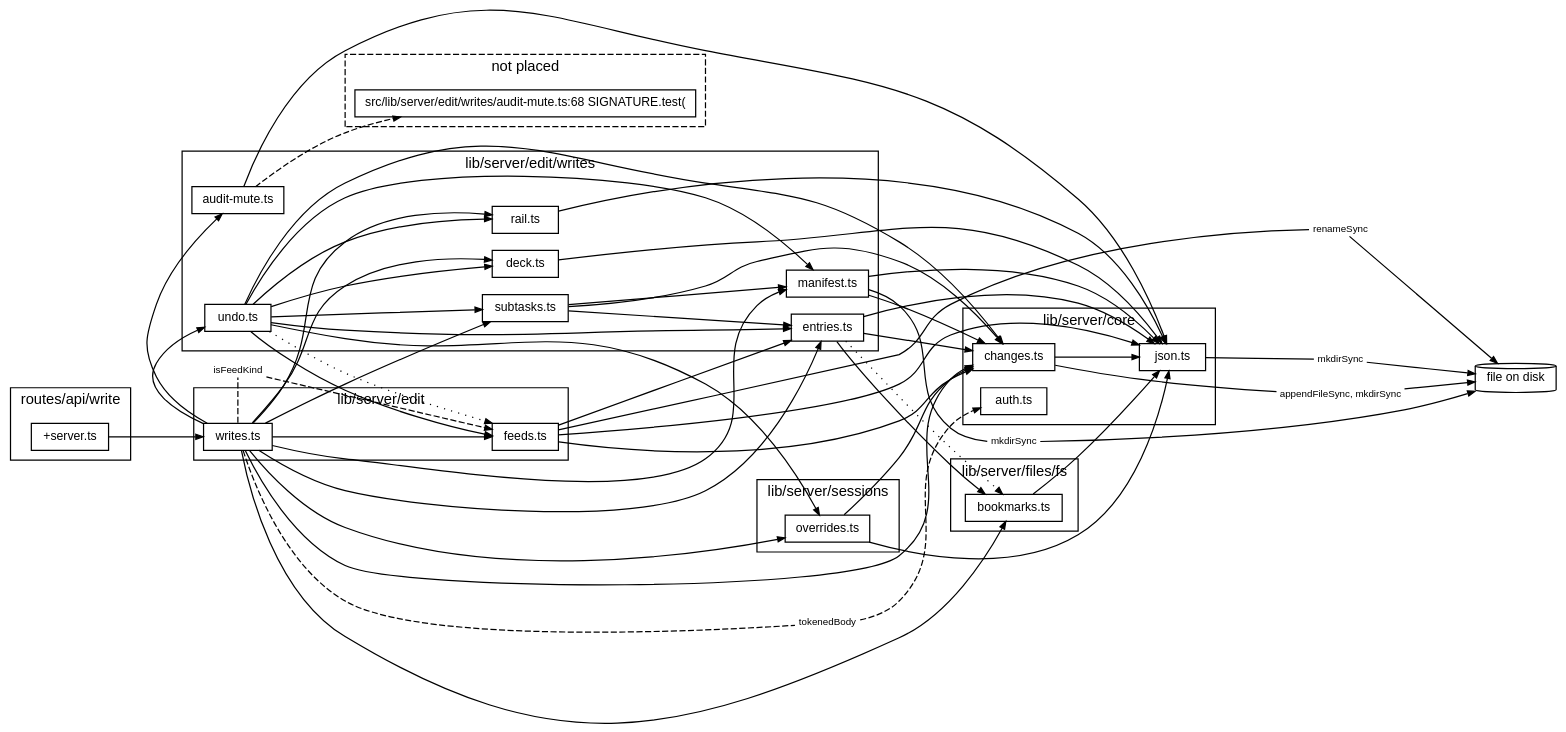
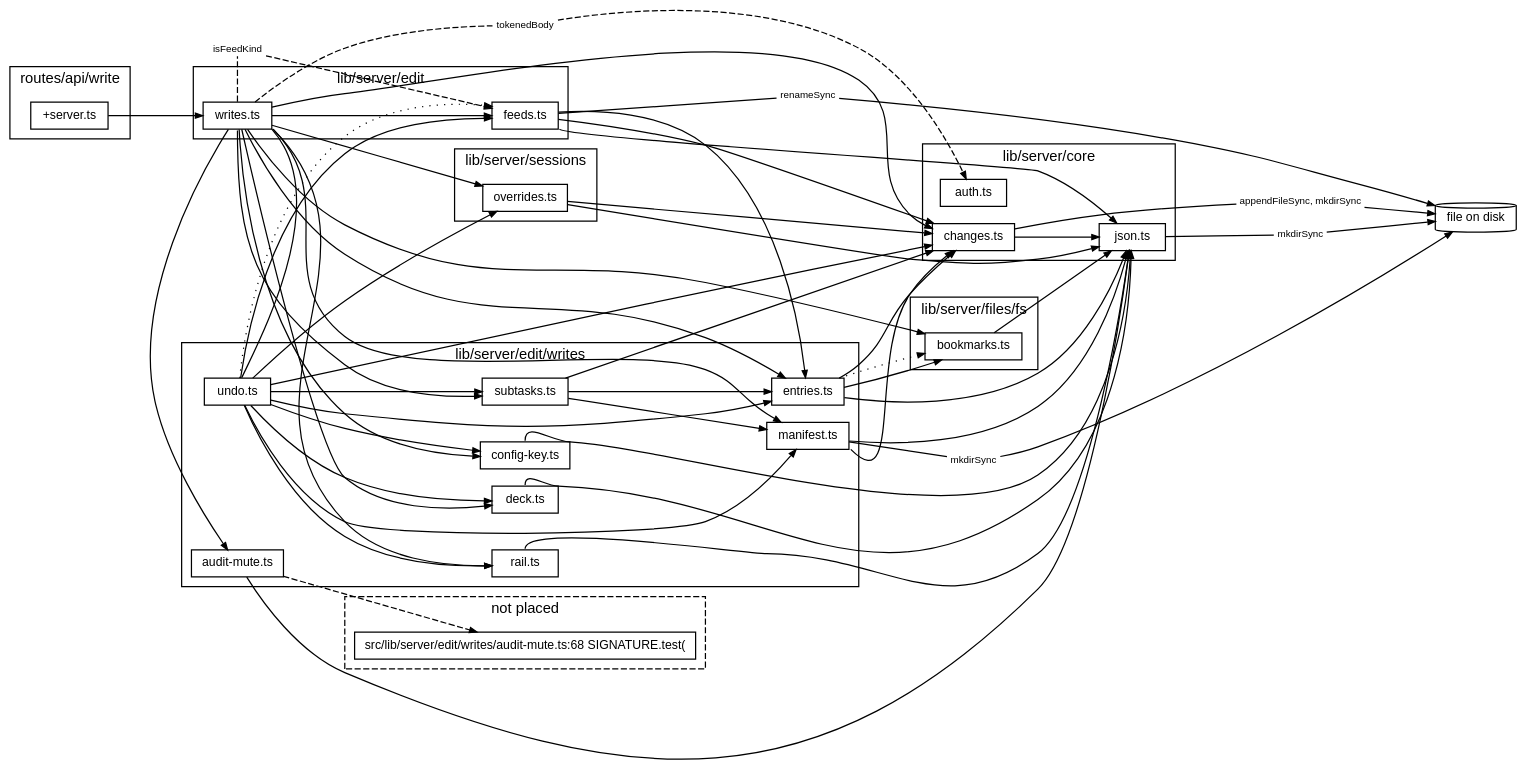
Before and after one commit to TheAxeC/oculus: the diagram in docs/diagrams/writes.dot, drawn with Graphviz. The commit also changed 40 other files, not shown here.

First line of the commit message:
Land S3b, the config-key write

```diff
--- a/docs/diagrams/writes.dot
+++ b/docs/diagrams/writes.dot
@@ -1,110 +1,114 @@
 digraph writes {
     graph [bgcolor="transparent", rankdir=LR, fontname="Helvetica,Arial,sans-serif", fontsize=12, nodesep=0.2, ranksep=0.8];
     node [shape=box, color="black", fontcolor="black", fontname="Helvetica,Arial,sans-serif", fontsize=10, height=0.3, margin="0.12,0.04"];
     edge [color="black", fontcolor="black", fontname="Helvetica,Arial,sans-serif", fontsize=8, arrowsize=0.6];
     subgraph "cluster_lib/server/core" {
         label="lib/server/core"; style=solid;
         "lib/server/core/auth.ts" [label="auth.ts"];
         "lib/server/core/changes.ts" [label="changes.ts"];
         "lib/server/core/json.ts" [label="json.ts"];
     }
     subgraph "cluster_lib/server/edit" {
         label="lib/server/edit"; style=solid;
         "lib/server/edit/feeds.ts" [label="feeds.ts"];
         "lib/server/edit/writes.ts" [label="writes.ts"];
     }
     subgraph "cluster_lib/server/edit/writes" {
         label="lib/server/edit/writes"; style=solid;
         "lib/server/edit/writes/audit-mute.ts" [label="audit-mute.ts"];
+        "lib/server/edit/writes/config-key.ts" [label="config-key.ts"];
         "lib/server/edit/writes/deck.ts" [label="deck.ts"];
         "lib/server/edit/writes/entries.ts" [label="entries.ts"];
         "lib/server/edit/writes/manifest.ts" [label="manifest.ts"];
         "lib/server/edit/writes/rail.ts" [label="rail.ts"];
         "lib/server/edit/writes/subtasks.ts" [label="subtasks.ts"];
         "lib/server/edit/writes/undo.ts" [label="undo.ts"];
     }
     subgraph "cluster_lib/server/files/fs" {
         label="lib/server/files/fs"; style=solid;
         "lib/server/files/fs/bookmarks.ts" [label="bookmarks.ts"];
     }
     subgraph "cluster_lib/server/sessions" {
         label="lib/server/sessions"; style=solid;
         "lib/server/sessions/overrides.ts" [label="overrides.ts"];
     }
     subgraph "cluster_routes/api/write" {
         label="routes/api/write"; style=solid;
         "routes/api/write/+server.ts" [label="+server.ts"];
     }
     subgraph "cluster_lost" {
         label="not placed"; style=dashed;
         "? src/lib/server/edit/writes/audit-mute.ts:68" [label="src/lib/server/edit/writes/audit-mute.ts:68 SIGNATURE.test("];
     }
     "file on disk" [shape=cylinder];
     "lib/server/core/changes.ts to file on disk (calls)" [label="appendFileSync, mkdirSync", shape=box, color="transparent", fontsize=8, width=0, height=0, margin="0.04,0.02"];
     "lib/server/core/changes.ts" -> "lib/server/core/changes.ts to file on disk (calls)" [arrowhead=none];
     "lib/server/core/changes.ts to file on disk (calls)" -> "file on disk" [];
     "lib/server/core/changes.ts" -> "lib/server/core/json.ts" [tooltip="chained, writeTextAtomic"];
     "lib/server/core/json.ts to file on disk (calls)" [label="mkdirSync", shape=box, color="transparent", fontsize=8, width=0, height=0, margin="0.04,0.02"];
     "lib/server/core/json.ts" -> "lib/server/core/json.ts to file on disk (calls)" [arrowhead=none];
     "lib/server/core/json.ts to file on disk (calls)" -> "file on disk" [];
     "lib/server/edit/feeds.ts to file on disk (calls)" [label="renameSync", shape=box, color="transparent", fontsize=8, width=0, height=0, margin="0.04,0.02"];
     "lib/server/edit/feeds.ts" -> "lib/server/edit/feeds.ts to file on disk (calls)" [arrowhead=none];
     "lib/server/edit/feeds.ts to file on disk (calls)" -> "file on disk" [];
     "lib/server/edit/feeds.ts" -> "lib/server/core/changes.ts" [tooltip="plain"];
-    "lib/server/edit/feeds.ts" -> "lib/server/core/json.ts" [tooltip="writeTextAtomic"];
+    "lib/server/edit/feeds.ts" -> "lib/server/core/json.ts" [tailport=se, tooltip="writeTextAtomic"];
     "lib/server/edit/feeds.ts" -> "lib/server/edit/writes/entries.ts" [tooltip="saved"];
     "lib/server/edit/writes.ts to lib/server/core/auth.ts (refuses)" [label="tokenedBody", shape=box, color="transparent", fontsize=8, width=0, height=0, margin="0.04,0.02"];
     "lib/server/edit/writes.ts" -> "lib/server/edit/writes.ts to lib/server/core/auth.ts (refuses)" [arrowhead=none, style=dashed];
     "lib/server/edit/writes.ts to lib/server/core/auth.ts (refuses)" -> "lib/server/core/auth.ts" [style=dashed];
     "lib/server/edit/writes.ts" -> "lib/server/core/changes.ts" [tooltip="changeAt, defaultChangesPath, logChanges
 pathOf"];
     "lib/server/edit/writes.ts" -> "lib/server/edit/feeds.ts" [tooltip="addLead, addLinkedinIdea, deleteFeedEntry
 markLinkedinPosted, writeFeedField"];
     "lib/server/edit/writes.ts to lib/server/edit/feeds.ts (refuses)" [label="isFeedKind", shape=box, color="transparent", fontsize=8, width=0, height=0, margin="0.04,0.02"];
     "lib/server/edit/writes.ts" -> "lib/server/edit/writes.ts to lib/server/edit/feeds.ts (refuses)" [arrowhead=none, style=dashed];
     "lib/server/edit/writes.ts to lib/server/edit/feeds.ts (refuses)" -> "lib/server/edit/feeds.ts" [style=dashed];
     "lib/server/edit/writes.ts" -> "lib/server/edit/writes/audit-mute.ts" [tooltip="writeMute"];
+    "lib/server/edit/writes.ts" -> "lib/server/edit/writes/config-key.ts" [tooltip="writeConfigKey"];
     "lib/server/edit/writes.ts" -> "lib/server/edit/writes/deck.ts" [tooltip="writeDeck"];
     "lib/server/edit/writes.ts" -> "lib/server/edit/writes/entries.ts" [tooltip="createEntry, removeEntry, reorderCollection
 writeEntry"];
-    "lib/server/edit/writes.ts" -> "lib/server/edit/writes/manifest.ts" [tooltip="createIdea, writeManifest"];
-    "lib/server/edit/writes.ts" -> "lib/server/edit/writes/rail.ts" [tooltip="writeRail"];
-    "lib/server/edit/writes.ts" -> "lib/server/edit/writes/subtasks.ts" [tooltip="careerRules, writeHost, writeSubtask
+    "lib/server/edit/writes.ts" -> "lib/server/edit/writes/manifest.ts" [tailport=se, tooltip="createIdea, writeManifest"];
+    "lib/server/edit/writes.ts" -> "lib/server/edit/writes/rail.ts" [tailport=se, tooltip="writeRail"];
+    "lib/server/edit/writes.ts" -> "lib/server/edit/writes/subtasks.ts" [tailport=s, tooltip="careerRules, writeHost, writeSubtask
 writeSubtaskAdd"];
-    "lib/server/edit/writes.ts" -> "lib/server/edit/writes/undo.ts" [tooltip="undoChange"];
+    "lib/server/edit/writes.ts" -> "lib/server/edit/writes/undo.ts" [tailport=se, tooltip="undoChange"];
     "lib/server/edit/writes.ts" -> "lib/server/files/fs/bookmarks.ts" [tooltip="defaultBookmarksPath"];
     "lib/server/edit/writes.ts" -> "lib/server/sessions/overrides.ts" [tooltip="setFlag, setOverride"];
     "lib/server/edit/writes/audit-mute.ts" -> "? src/lib/server/edit/writes/audit-mute.ts:68" [style=dashed];
     "lib/server/edit/writes/audit-mute.ts" -> "lib/server/core/json.ts" [tooltip="writeTextAtomic"];
-    "lib/server/edit/writes/deck.ts" -> "lib/server/core/json.ts" [tooltip="writeTextAtomic"];
+    "lib/server/edit/writes/config-key.ts" -> "lib/server/core/json.ts" [tailport=n, tooltip="writeTextAtomic"];
+    "lib/server/edit/writes/deck.ts" -> "lib/server/core/json.ts" [tailport=n, tooltip="writeTextAtomic"];
     "lib/server/edit/writes/entries.ts" -> "lib/server/core/changes.ts" [tooltip="plain"];
     "lib/server/edit/writes/entries.ts" -> "lib/server/core/json.ts" [tooltip="writeTextAtomic"];
     "lib/server/edit/writes/entries.ts" -> "lib/server/files/fs/bookmarks.ts" [tooltip="ensureBookmarksFile"];
     "lib/server/edit/writes/entries.ts" -> "lib/server/files/fs/bookmarks.ts" [tooltip="BOOKMARKS", style=dotted];
     "lib/server/edit/writes/manifest.ts to file on disk (calls)" [label="mkdirSync", shape=box, color="transparent", fontsize=8, width=0, height=0, margin="0.04,0.02"];
     "lib/server/edit/writes/manifest.ts" -> "lib/server/edit/writes/manifest.ts to file on disk (calls)" [arrowhead=none];
     "lib/server/edit/writes/manifest.ts to file on disk (calls)" -> "file on disk" [];
-    "lib/server/edit/writes/manifest.ts" -> "lib/server/core/changes.ts" [tooltip="plain"];
+    "lib/server/edit/writes/manifest.ts" -> "lib/server/core/changes.ts" [tailport=se, tooltip="plain"];
     "lib/server/edit/writes/manifest.ts" -> "lib/server/core/json.ts" [tooltip="writeTextAtomic"];
-    "lib/server/edit/writes/rail.ts" -> "lib/server/core/json.ts" [tooltip="writeTextAtomic"];
+    "lib/server/edit/writes/rail.ts" -> "lib/server/core/json.ts" [tailport=n, tooltip="writeTextAtomic"];
     "lib/server/edit/writes/subtasks.ts" -> "lib/server/core/changes.ts" [tooltip="plain"];
     "lib/server/edit/writes/subtasks.ts" -> "lib/server/edit/writes/entries.ts" [tooltip="identityOf, readCollection, saved"];
     "lib/server/edit/writes/subtasks.ts" -> "lib/server/edit/writes/manifest.ts" [tooltip="insideHub"];
     "lib/server/edit/writes/undo.ts" -> "lib/server/core/changes.ts" [tooltip="same"];
     "lib/server/edit/writes/undo.ts" -> "lib/server/edit/feeds.ts" [tooltip="deleteFeedEntry, isFeedKind, readFeedFile
 restoreFeedEntry, writeFeedField"];
     "lib/server/edit/writes/undo.ts" -> "lib/server/edit/feeds.ts" [tooltip="FEED_RULES", style=dotted];
+    "lib/server/edit/writes/undo.ts" -> "lib/server/edit/writes/config-key.ts" [tooltip="configKeyNow, writeConfigKey"];
     "lib/server/edit/writes/undo.ts" -> "lib/server/edit/writes/deck.ts" [tooltip="deckNow, writeDeck"];
     "lib/server/edit/writes/undo.ts" -> "lib/server/edit/writes/entries.ts" [tooltip="createEntry, entryOf, idOfIdentity
 identityOrder, readCollection, removeEntry
 reorderCollection, writeEntry"];
     "lib/server/edit/writes/undo.ts" -> "lib/server/edit/writes/manifest.ts" [tooltip="manifestValue, writeManifest"];
     "lib/server/edit/writes/undo.ts" -> "lib/server/edit/writes/rail.ts" [tooltip="railNow, writeRail"];
     "lib/server/edit/writes/undo.ts" -> "lib/server/edit/writes/subtasks.ts" [tooltip="hostStatus, restoreSubtask, subtaskValue
 writeHost, writeSubtask, writeSubtaskAdd"];
     "lib/server/edit/writes/undo.ts" -> "lib/server/sessions/overrides.ts" [tooltip="overrides, setFlag, setOverride"];
     "lib/server/files/fs/bookmarks.ts" -> "lib/server/core/json.ts" [tooltip="writeTextAtomic"];
     "lib/server/sessions/overrides.ts" -> "lib/server/core/changes.ts" [tooltip="plain"];
     "lib/server/sessions/overrides.ts" -> "lib/server/core/json.ts" [tooltip="readJson, writeJsonAtomic"];
     "routes/api/write/+server.ts" -> "lib/server/edit/writes.ts" [tooltip="handleWrite, target"];
 }
```
